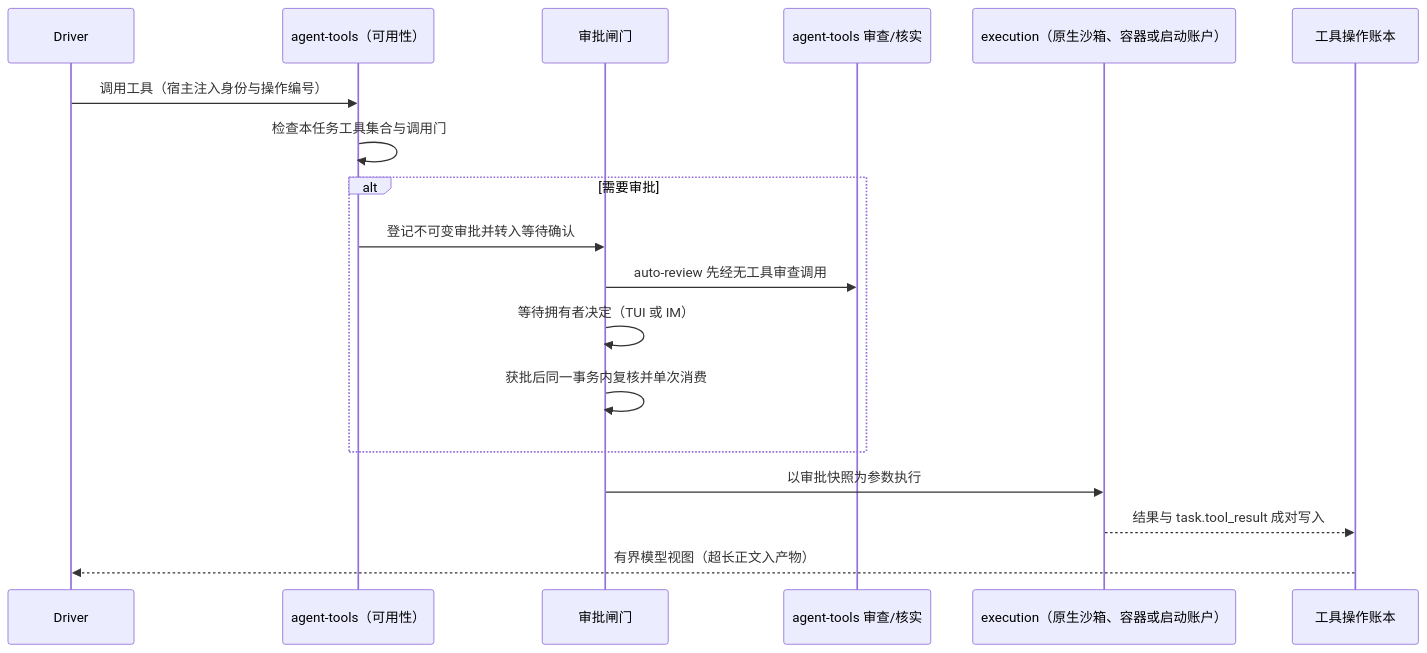
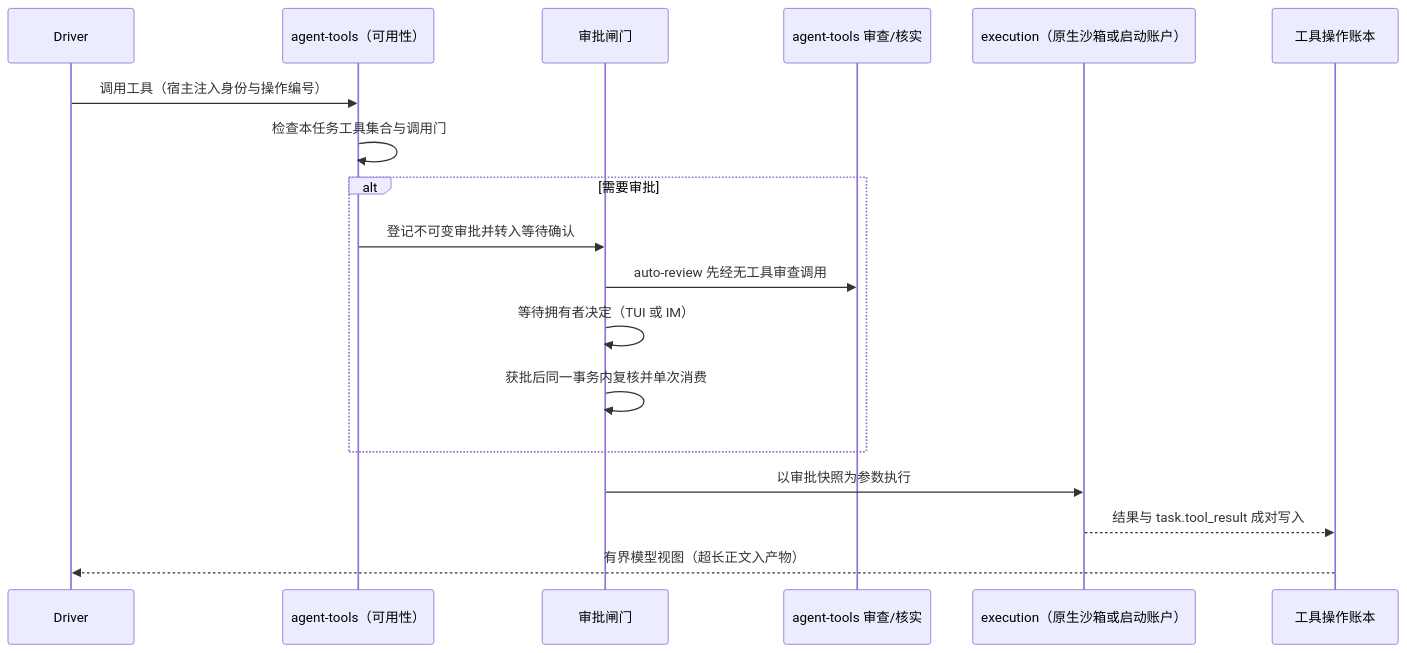
The third of 4 diagrams in docs/architecture.md (num-lab/Ruukoto), drawn with Mermaid before and after one commit. The commit also changed other lines of this file and 106 other files, not shown here.

````diff
--- a/docs/architecture.md
+++ b/docs/architecture.md
@@ -97,21 +97,21 @@
 ```mermaid
 sequenceDiagram
   participant D as Driver
   participant Av as agent-tools（可用性）
   participant G as 审批闸门
   participant R as agent-tools 审查/核实
-  participant W as execution（原生沙箱、容器或启动账户）
+  participant W as execution（原生沙箱或启动账户）
   participant L as 工具操作账本
 
   D->>Av: 调用工具（宿主注入身份与操作编号）
   Av->>Av: 检查本任务工具集合与调用门
   alt 需要审批
     Av->>G: 登记不可变审批并转入等待确认
     G->>R: auto-review 先经无工具审查调用
     G->>G: 等待拥有者决定（TUI 或 IM）
     G->>G: 获批后同一事务内复核并单次消费
   end
   G->>W: 以审批快照为参数执行
   W-->>L: 结果与 task.tool_result 成对写入
   L-->>D: 有界模型视图（超长正文入产物）
 ```
````
